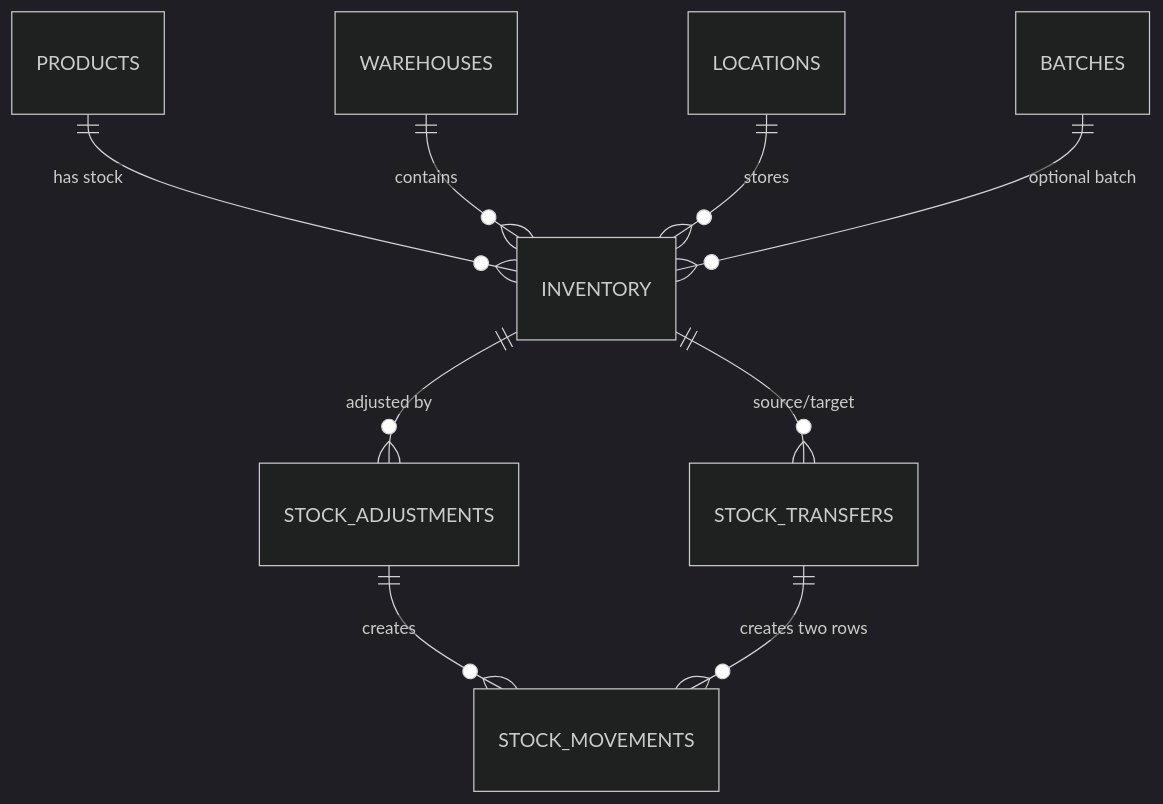
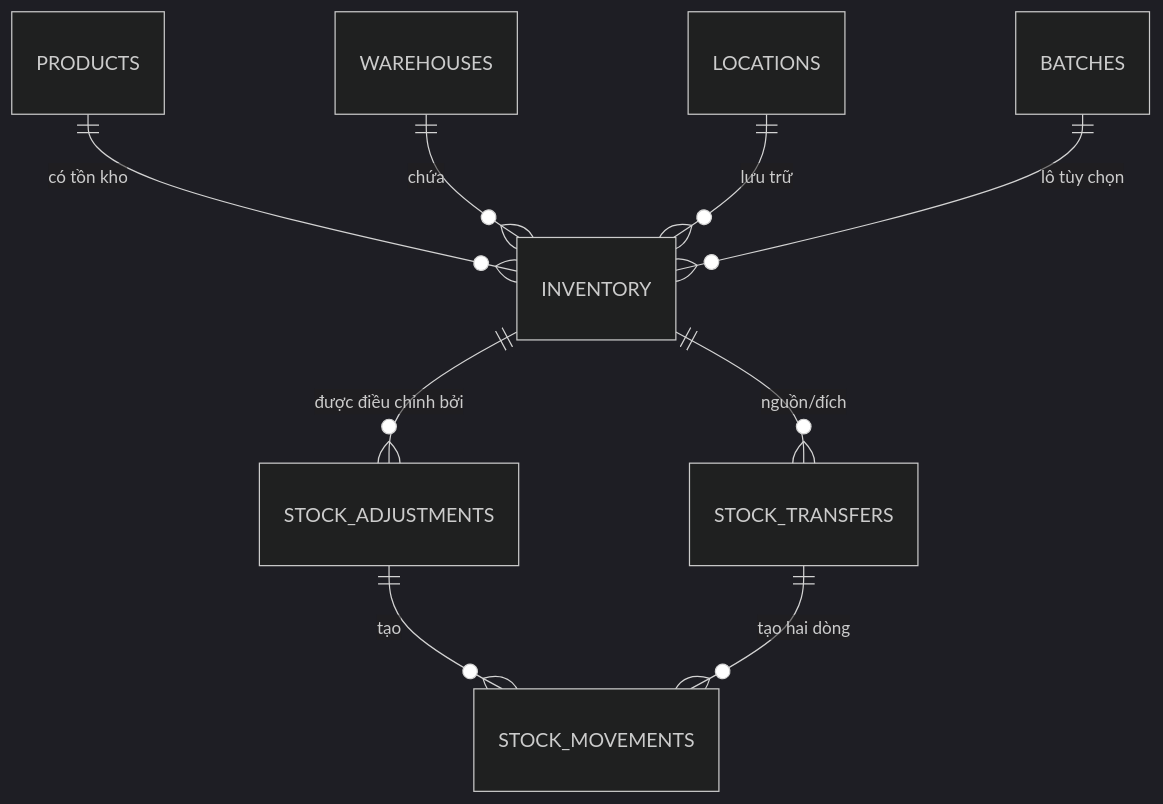
One commit to UTT-k74HT22/WareHouseSystem-BE changed the first of 7 diagrams in documents/Inventory/BA_DB_API_MODULE_04_INVENTORY_OPERATIONS_REDESIGN_V2.md. Above: the diagram before and after it, drawn with Mermaid (dark theme). The commit also changed other lines of this file and 10 other files, not shown here.

````diff
--- a/documents/Inventory/BA_DB_API_MODULE_04_INVENTORY_OPERATIONS_REDESIGN_V2.md
+++ b/documents/Inventory/BA_DB_API_MODULE_04_INVENTORY_OPERATIONS_REDESIGN_V2.md
@@ -56,13 +56,13 @@
 ```mermaid
 erDiagram
-    PRODUCTS ||--o{ INVENTORY : "has stock"
-    WAREHOUSES ||--o{ INVENTORY : "contains"
-    LOCATIONS ||--o{ INVENTORY : "stores"
-    BATCHES ||--o{ INVENTORY : "optional batch"
+    PRODUCTS ||--o{ INVENTORY : "có tồn kho"
+    WAREHOUSES ||--o{ INVENTORY : "chứa"
+    LOCATIONS ||--o{ INVENTORY : "lưu trữ"
+    BATCHES ||--o{ INVENTORY : "lô tùy chọn"
 
-    INVENTORY ||--o{ STOCK_ADJUSTMENTS : "adjusted by"
-    STOCK_ADJUSTMENTS ||--o{ STOCK_MOVEMENTS : "creates"
+    INVENTORY ||--o{ STOCK_ADJUSTMENTS : "được điều chỉnh bởi"
+    STOCK_ADJUSTMENTS ||--o{ STOCK_MOVEMENTS : "tạo"
 
-    INVENTORY ||--o{ STOCK_TRANSFERS : "source/target"
-    STOCK_TRANSFERS ||--o{ STOCK_MOVEMENTS : "creates two rows"
+    INVENTORY ||--o{ STOCK_TRANSFERS : "nguồn/đích"
+    STOCK_TRANSFERS ||--o{ STOCK_MOVEMENTS : "tạo hai dòng"
 ```
````
